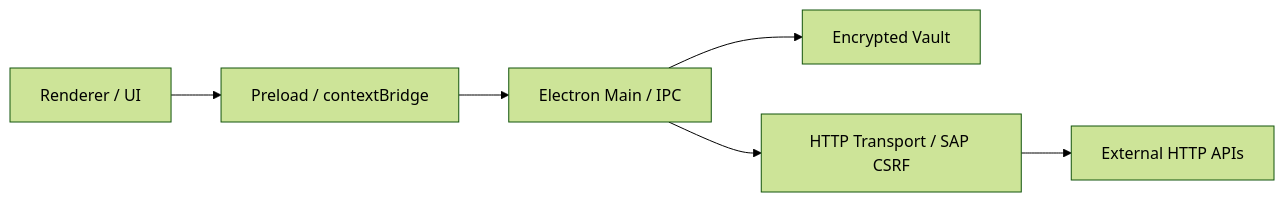
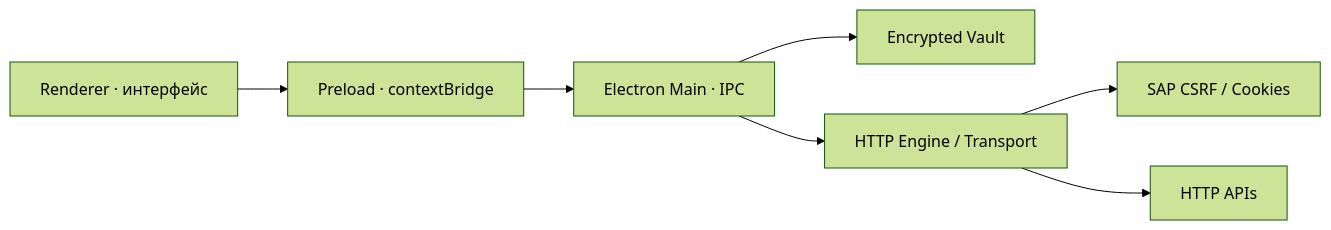
The diagram in README.md (evgsnr/api-commander), drawn with Mermaid (forest theme) before and after one commit. The commit also changed other lines of this file, not shown here.

````diff
--- a/README.md
+++ b/README.md
@@ -46,8 +64,9 @@
 ```mermaid
 flowchart LR
-  UI[Renderer / UI] --> P[Preload / contextBridge]
-  P --> M[Electron Main / IPC]
-  M --> V[Encrypted Vault]
-  M --> T[HTTP Transport / SAP CSRF]
-  T --> API[External HTTP APIs]
+    UI["Renderer · интерфейс"] --> PRE["Preload · contextBridge"]
+    PRE --> MAIN["Electron Main · IPC"]
+    MAIN --> VAULT["Encrypted Vault"]
+    MAIN --> ENGINE["HTTP Engine / Transport"]
+    ENGINE --> SAP["SAP CSRF / Cookies"]
+    ENGINE --> API["HTTP APIs"]
 ```
````
